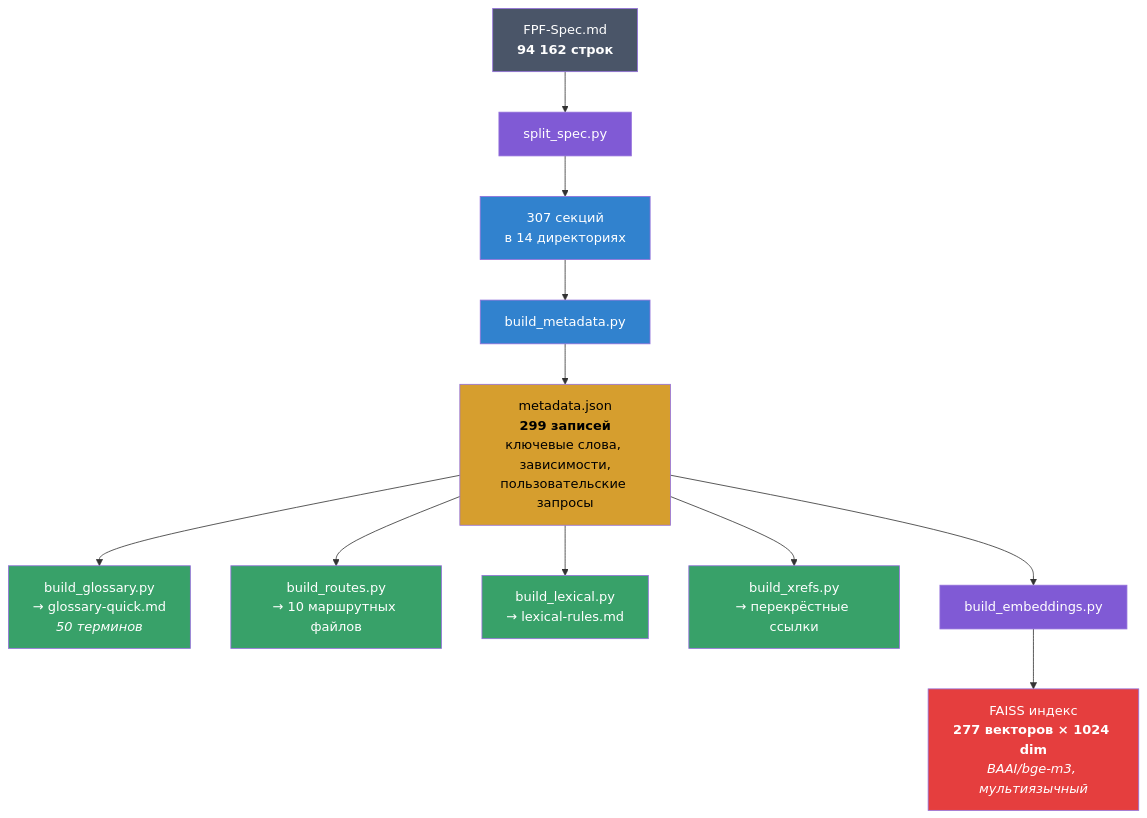
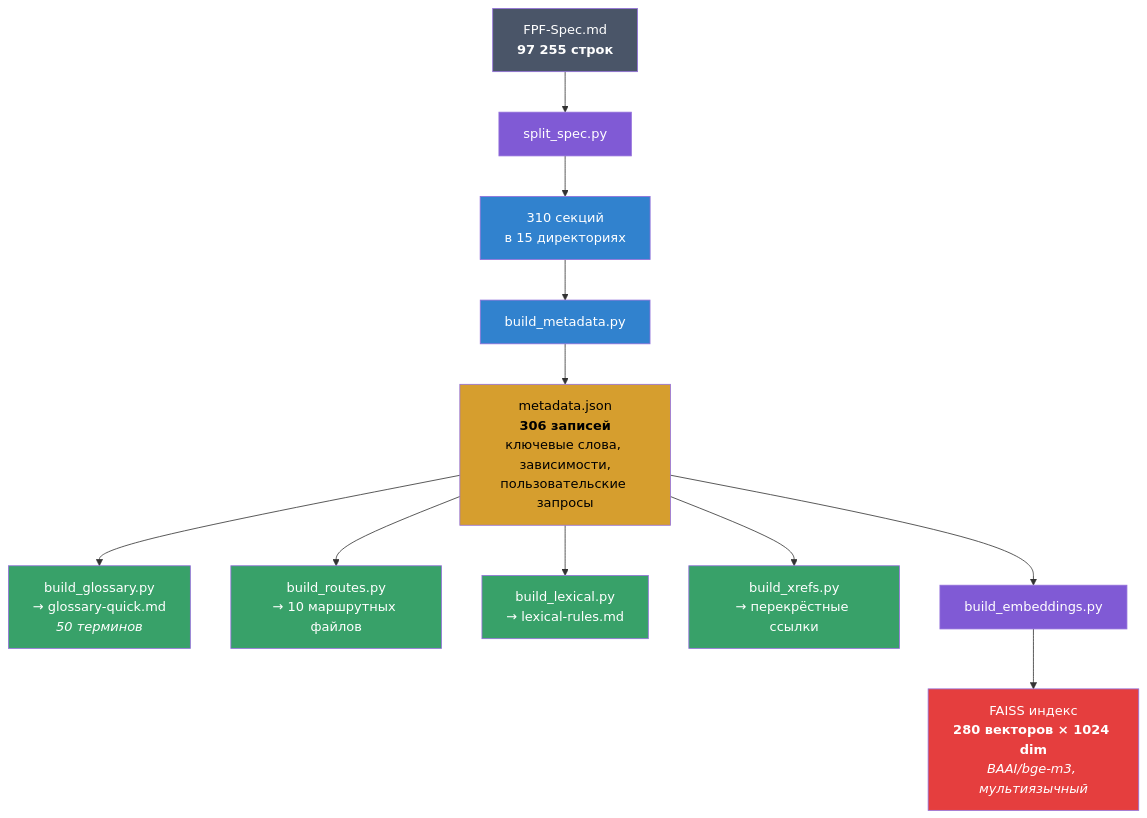
One commit to pokrovskiyv/FPF-agent changed the fourth of 4 diagrams in Readme.md. Above: the diagram before and after it, drawn with Mermaid. The commit also changed other lines of this file and 175 other files, not shown here.

````diff
--- a/Readme.md
+++ b/Readme.md
@@ -217,25 +217,25 @@
 ```mermaid
 graph TD
-    Spec["FPF-Spec.md<br/><b>94 162 строк</b>"] --> Split["split_spec.py"]
-    Split --> Sections["307 секций<br/>в 14 директориях"]
+    Spec["FPF-Spec.md<br/><b>97 255 строк</b>"] --> Split["split_spec.py"]
+    Split --> Sections["310 секций<br/>в 15 директориях"]
     Sections --> Meta["build_metadata.py"]
-    Meta --> MetaJSON["metadata.json<br/><b>299 записей</b><br/>ключевые слова, зависимости,<br/>пользовательские запросы"]
+    Meta --> MetaJSON["metadata.json<br/><b>306 записей</b><br/>ключевые слова, зависимости,<br/>пользовательские запросы"]
     MetaJSON --> Gloss["build_glossary.py<br/>→ glossary-quick.md<br/><i>50 терминов</i>"]
     MetaJSON --> Routes["build_routes.py<br/>→ 10 маршрутных файлов"]
     MetaJSON --> Lex["build_lexical.py<br/>→ lexical-rules.md"]
     MetaJSON --> XRef["build_xrefs.py<br/>→ перекрёстные ссылки"]
     MetaJSON --> Emb["build_embeddings.py"]
-    Emb --> FAISS["FAISS индекс<br/><b>277 векторов × 1024 dim</b><br/><i>BAAI/bge-m3, мультиязычный</i>"]
+    Emb --> FAISS["FAISS индекс<br/><b>280 векторов × 1024 dim</b><br/><i>BAAI/bge-m3, мультиязычный</i>"]
 
     style Spec fill:#4a5568,color:#fff
     style Split fill:#805ad5,color:#fff
     style Sections fill:#3182ce,color:#fff
     style Meta fill:#3182ce,color:#fff
     style MetaJSON fill:#d69e2e,color:#000
     style Gloss fill:#38a169,color:#fff
     style Routes fill:#38a169,color:#fff
     style Lex fill:#38a169,color:#fff
     style XRef fill:#38a169,color:#fff
     style Emb fill:#805ad5,color:#fff
     style FAISS fill:#e53e3e,color:#fff
 ```
````
